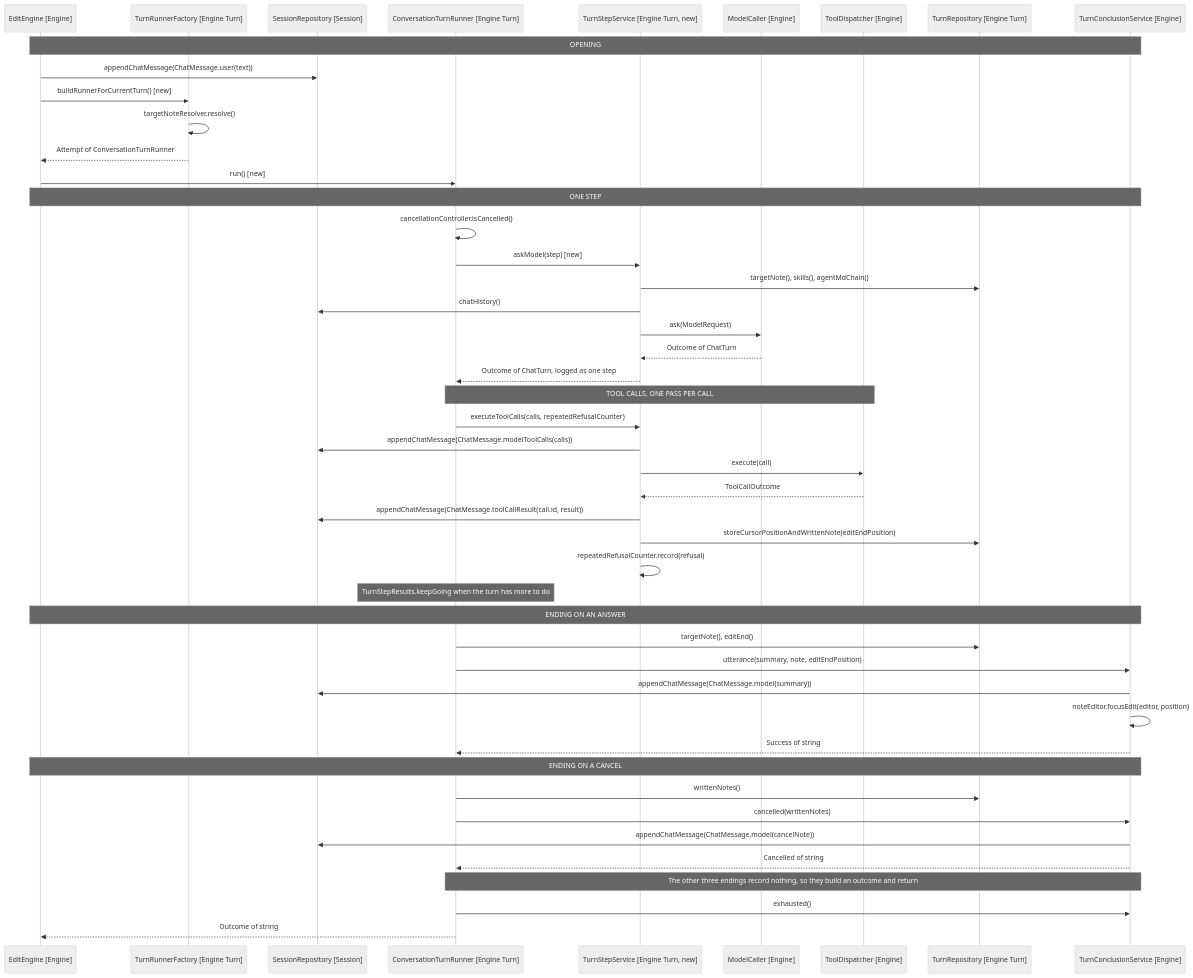
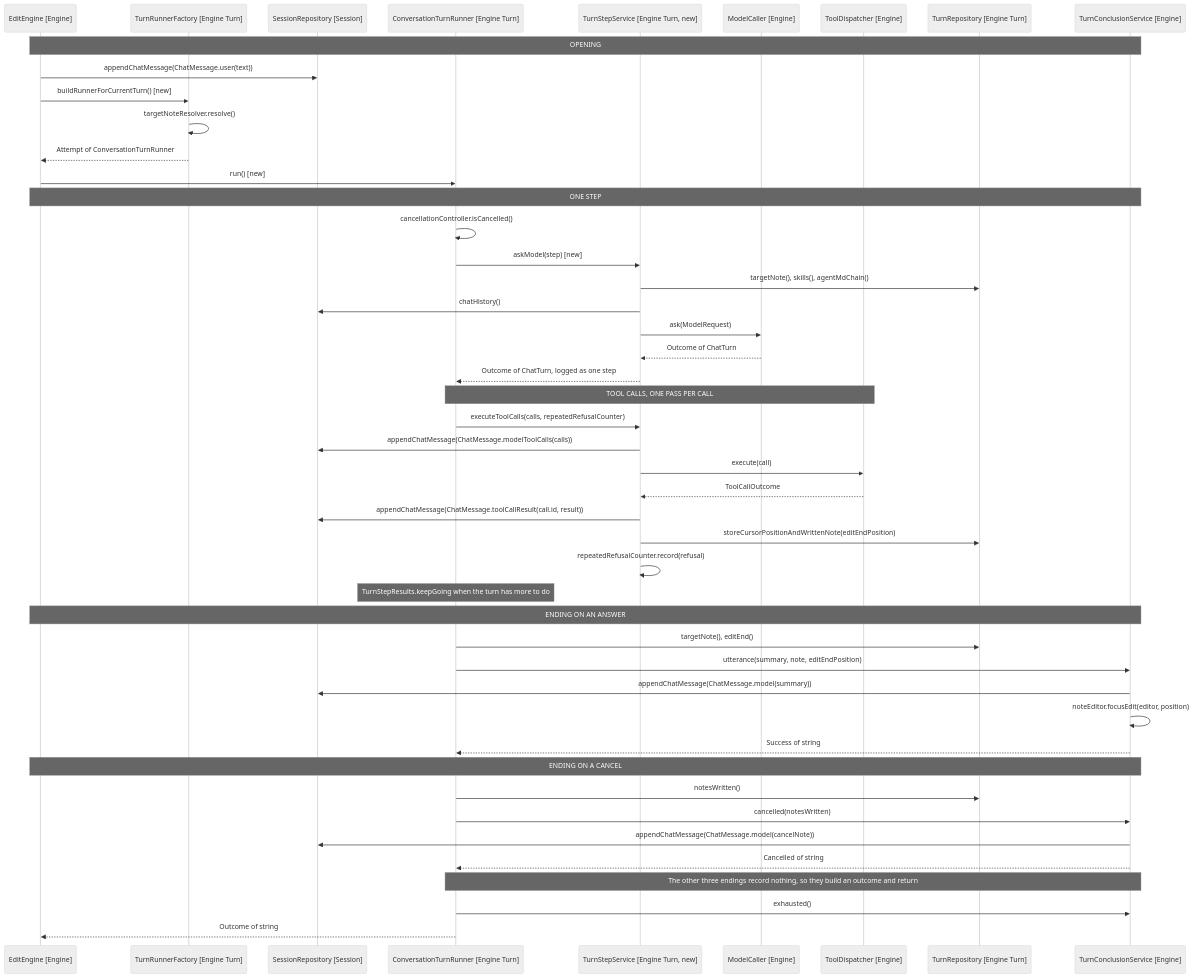
One commit to iparips/obsidian-owl changed the diagram in docs/spec/17-layering/6-design-turn-sequence.md. Above: the diagram before and after it, drawn with Mermaid (neutral theme). The commit also changed 11 other files, not shown here.

First line of the commit message:
Rename writtenNotes to notesWritten

````diff
--- a/docs/spec/17-layering/6-design-turn-sequence.md
+++ b/docs/spec/17-layering/6-design-turn-sequence.md
@@ -7,55 +7,55 @@
 ```mermaid
 sequenceDiagram
     participant Engine as EditEngine [Engine]
     participant Factory as TurnRunnerFactory [Engine Turn]
     participant Session as SessionRepository [Session]
     participant Turn as ConversationTurnRunner [Engine Turn]
     participant StepService as TurnStepService [Engine Turn, new]
     participant Caller as ModelCaller [Engine]
     participant Dispatcher as ToolDispatcher [Engine]
     participant TurnRepo as TurnRepository [Engine Turn]
     participant Conclusion as TurnConclusionService [Engine]
 
     Note over Engine,Conclusion: OPENING
     Engine->>Session: appendChatMessage(ChatMessage.user(text))
     Engine->>Factory: buildRunnerForCurrentTurn() [new]
     Factory->>Factory: targetNoteResolver.resolve()
     Factory-->>Engine: Attempt of ConversationTurnRunner
     Engine->>Turn: run() [new]
 
     Note over Engine,Conclusion: ONE STEP
     Turn->>Turn: cancellationController.isCancelled()
     Turn->>StepService: askModel(step) [new]
     StepService->>TurnRepo: targetNote(), skills(), agentMdChain()
     StepService->>Session: chatHistory()
     StepService->>Caller: ask(ModelRequest)
     Caller-->>StepService: Outcome of ChatTurn
     StepService-->>Turn: Outcome of ChatTurn, logged as one step
 
     Note over Turn,Dispatcher: TOOL CALLS, ONE PASS PER CALL
     Turn->>StepService: executeToolCalls(calls, repeatedRefusalCounter)
     StepService->>Session: appendChatMessage(ChatMessage.modelToolCalls(calls))
     StepService->>Dispatcher: execute(call)
     Dispatcher-->>StepService: ToolCallOutcome
     StepService->>Session: appendChatMessage(ChatMessage.toolCallResult(call.id, result))
     StepService->>TurnRepo: storeCursorPositionAndWrittenNote(editEndPosition)
     StepService->>StepService: repeatedRefusalCounter.record(refusal)
     Note over Turn: TurnStepResults.keepGoing when the turn has more to do
 
     Note over Engine,Conclusion: ENDING ON AN ANSWER
     Turn->>TurnRepo: targetNote(), editEnd()
     Turn->>Conclusion: utterance(summary, note, editEndPosition)
     Conclusion->>Session: appendChatMessage(ChatMessage.model(summary))
     Conclusion->>Conclusion: noteEditor.focusEdit(editor, position)
     Conclusion-->>Turn: Success of string
 
     Note over Engine,Conclusion: ENDING ON A CANCEL
-    Turn->>TurnRepo: writtenNotes()
-    Turn->>Conclusion: cancelled(writtenNotes)
+    Turn->>TurnRepo: notesWritten()
+    Turn->>Conclusion: cancelled(notesWritten)
     Conclusion->>Session: appendChatMessage(ChatMessage.model(cancelNote))
     Conclusion-->>Turn: Cancelled of string
 
     Note over Turn,Conclusion: The other three endings record nothing, so they build an outcome and return
     Turn->>Conclusion: exhausted()
     Turn-->>Engine: Outcome of string
 ```
````
